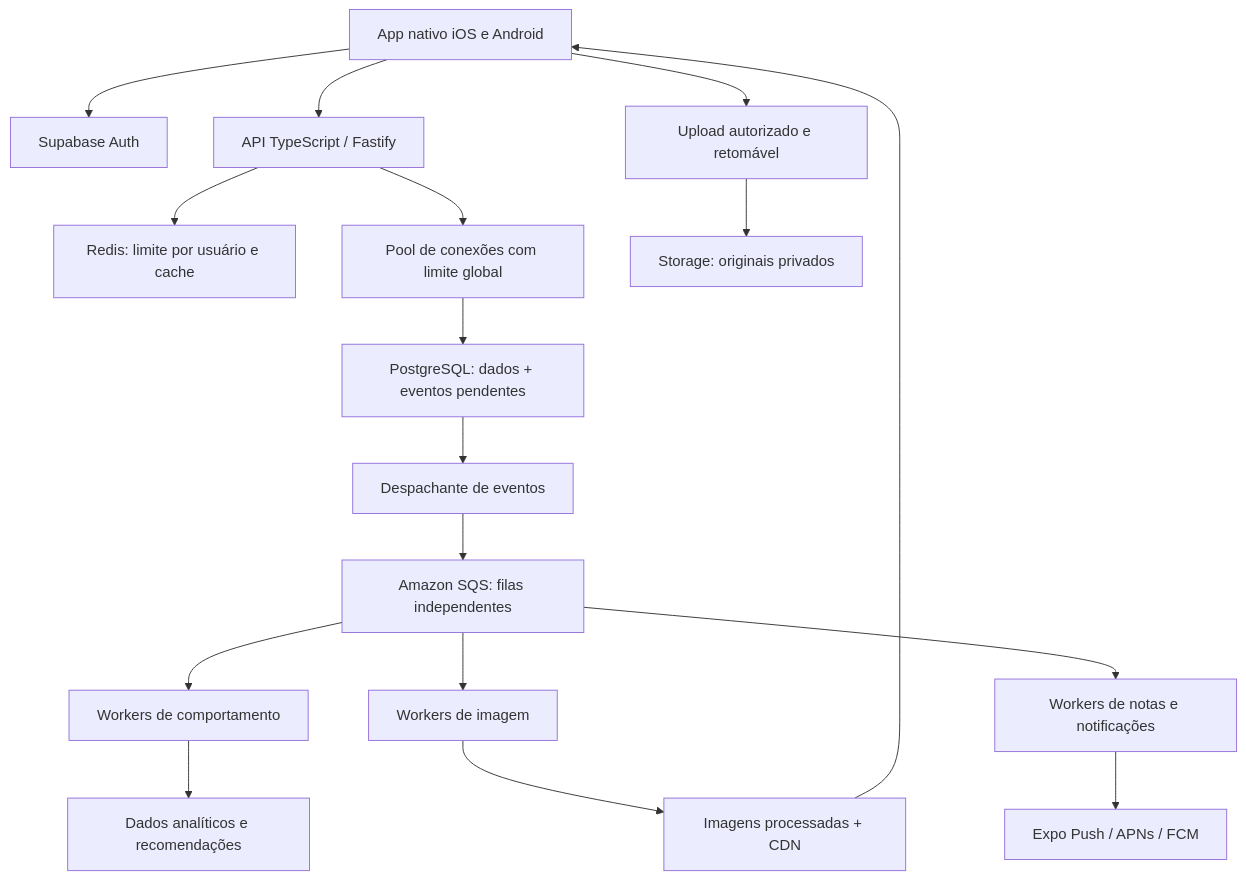
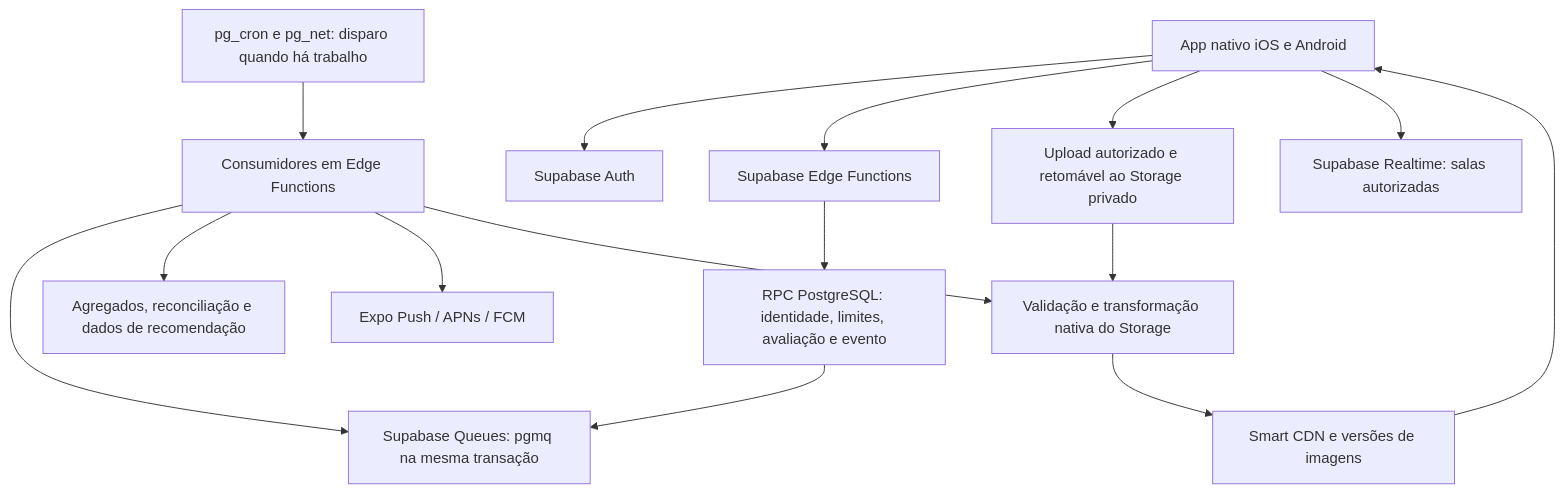
The diagram in PROPOSTA_TASTY_NATIVO.md (ikeguimaraes-dot/tasty), drawn with Mermaid before and after one commit. The commit also changed other lines of this file and 2 other files, not shown here.

Commit message:
Revise native architecture for Supabase and document cost limits

````diff
--- a/PROPOSTA_TASTY_NATIVO.md
+++ b/PROPOSTA_TASTY_NATIVO.md
@@ -38,19 +41,17 @@
 ```mermaid
 flowchart TD
   A[App nativo iOS e Android] --> B[Supabase Auth]
-  A --> C[API TypeScript / Fastify]
-  C --> R[Redis: limite por usuário e cache]
-  C --> P[Pool de conexões com limite global]
-  P --> D[PostgreSQL: dados + eventos pendentes]
-  D --> O[Despachante de eventos]
-  O --> Q[Amazon SQS: filas independentes]
-  Q --> I[Workers de imagem]
-  Q --> G[Workers de notas e notificações]
-  Q --> T[Workers de comportamento]
-  A --> U[Upload autorizado e retomável]
-  U --> S[Storage: originais privados]
-  I --> F[Imagens processadas + CDN]
+  A --> C[Supabase Edge Functions]
+  C --> D[RPC PostgreSQL: identidade, limites, avaliação e evento]
+  D --> Q[Supabase Queues: pgmq na mesma transação]
+  K[pg_cron e pg_net: disparo quando há trabalho] --> W[Consumidores em Edge Functions]
+  W --> Q
+  W --> G[Agregados, reconciliação e dados de recomendação]
+  W --> N[Expo Push / APNs / FCM]
+  A --> U[Upload autorizado e retomável ao Storage privado]
+  U --> S[Validação e transformação nativa do Storage]
+  W --> S
+  S --> F[Smart CDN e versões de imagens]
   F --> A
-  G --> N[Expo Push / APNs / FCM]
-  T --> E[Dados analíticos e recomendações]
+  A --> R[Supabase Realtime: salas autorizadas]
 ```
````
